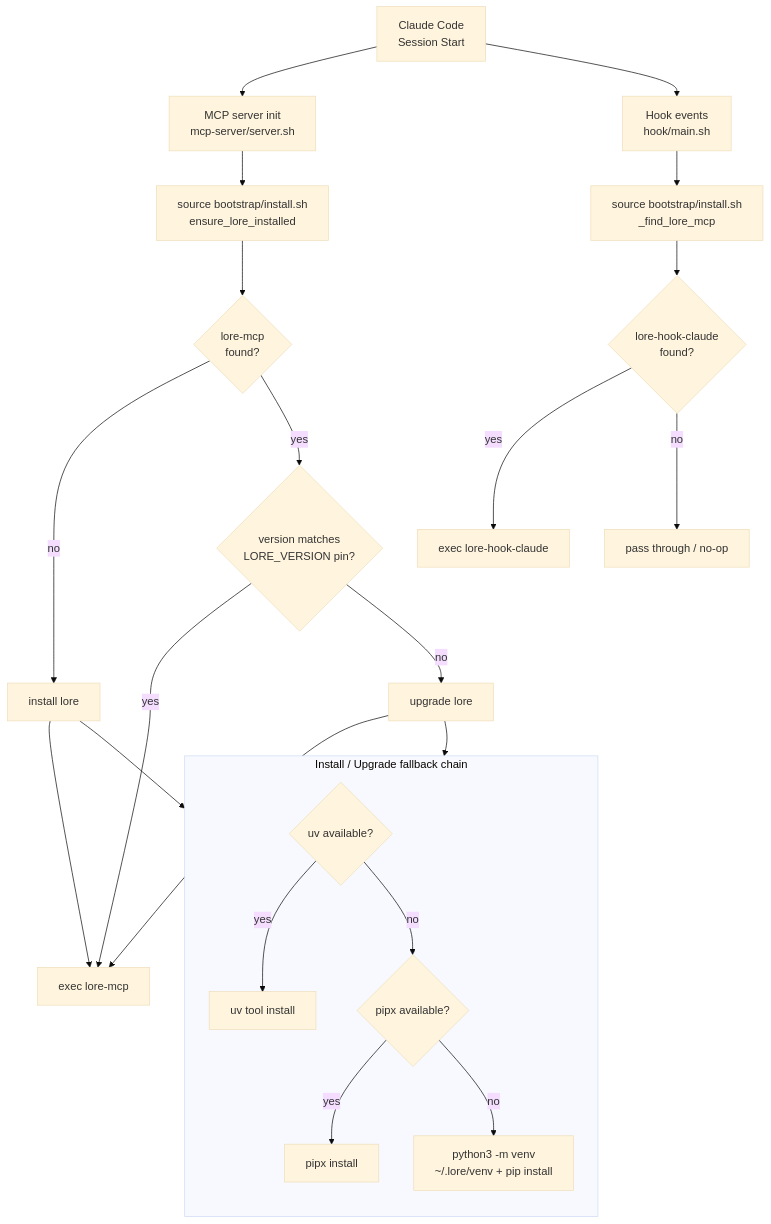
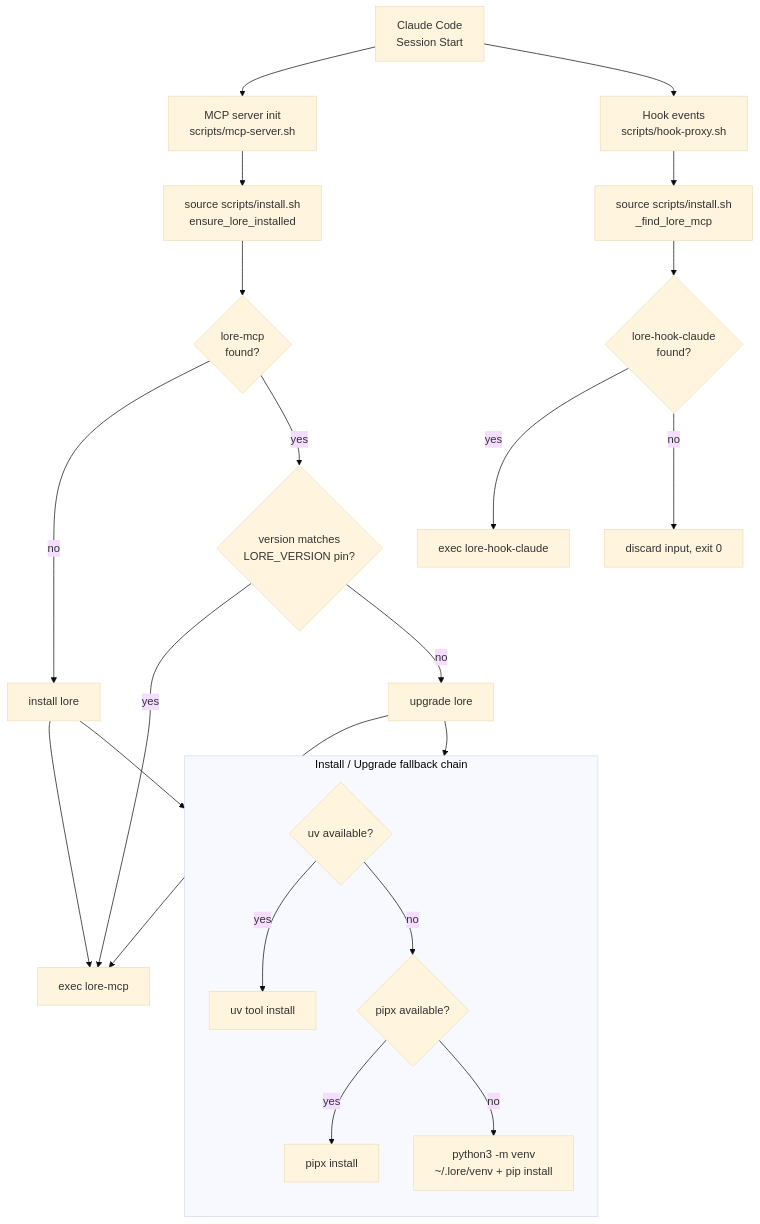
Before and after one commit to gorodulin/lore-claude: the diagram in docs/startup-flow.md, drawn with Mermaid (base theme). The commit also changed other lines of this file and 7 other files, not shown here.

````diff
--- a/docs/startup-flow.md
+++ b/docs/startup-flow.md
@@ -5,34 +5,34 @@
 ```mermaid
 flowchart TD
-    A[Claude Code<br/>Session Start] --> B[MCP server init<br/>mcp-server/server.sh]
-    A --> H[Hook events<br/>hook/main.sh]
+    A[Claude Code<br/>Session Start] --> B[MCP server init<br/>scripts/mcp-server.sh]
+    A --> H[Hook events<br/>scripts/hook-proxy.sh]
 
     %% MCP server path
-    B --> B1[source bootstrap/install.sh<br/>ensure_lore_installed]
+    B --> B1[source scripts/install.sh<br/>ensure_lore_installed]
     B1 --> B2{lore-mcp<br/>found?}
 
     B2 -->|no| B3[install lore]
     B3 --> B6[exec lore-mcp]
 
     B2 -->|yes| B4{version matches<br/>LORE_VERSION pin?}
     B4 -->|yes| B6
     B4 -->|no| B5[upgrade lore]
     B5 --> B6
 
     subgraph installer [Install / Upgrade fallback chain]
         direction TB
         D1{uv available?} -->|yes| D2[uv tool install]
         D1 -->|no| D3{pipx available?}
         D3 -->|yes| D4[pipx install]
         D3 -->|no| D5[python3 -m venv<br/>~/.lore/venv + pip install]
     end
 
     B3 --> installer
     B5 --> installer
 
     %% Hook path
-    H --> H1[source bootstrap/install.sh<br/>_find_lore_mcp]
+    H --> H1[source scripts/install.sh<br/>_find_lore_mcp]
     H1 --> H2{lore-hook-claude<br/>found?}
     H2 -->|yes| H3[exec lore-hook-claude]
-    H2 -->|no| H4[pass through / no-op]
+    H2 -->|no| H4[discard input, exit 0]
 ```
````
